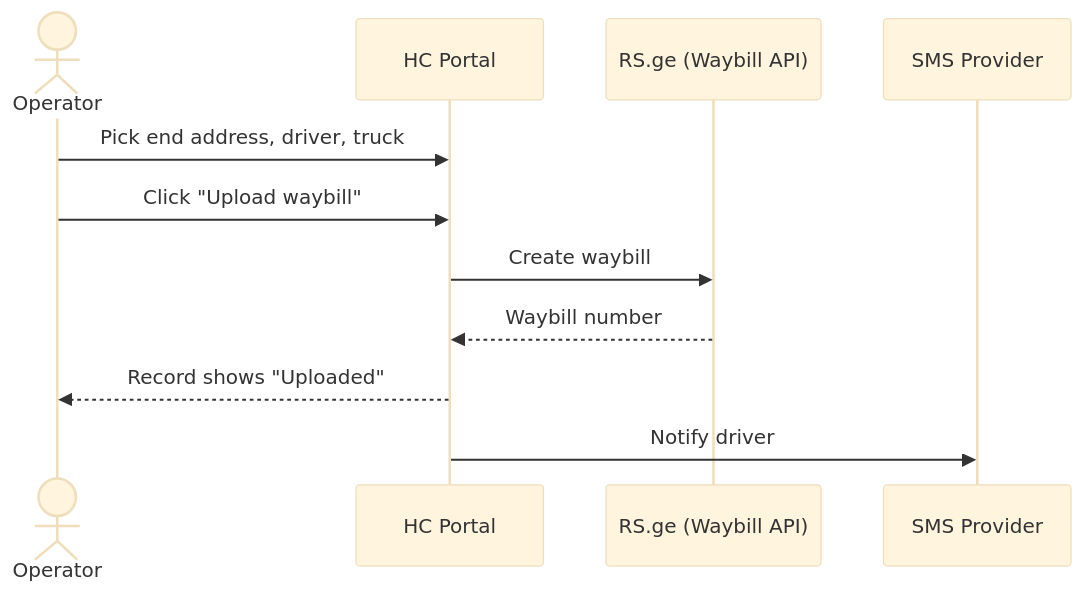
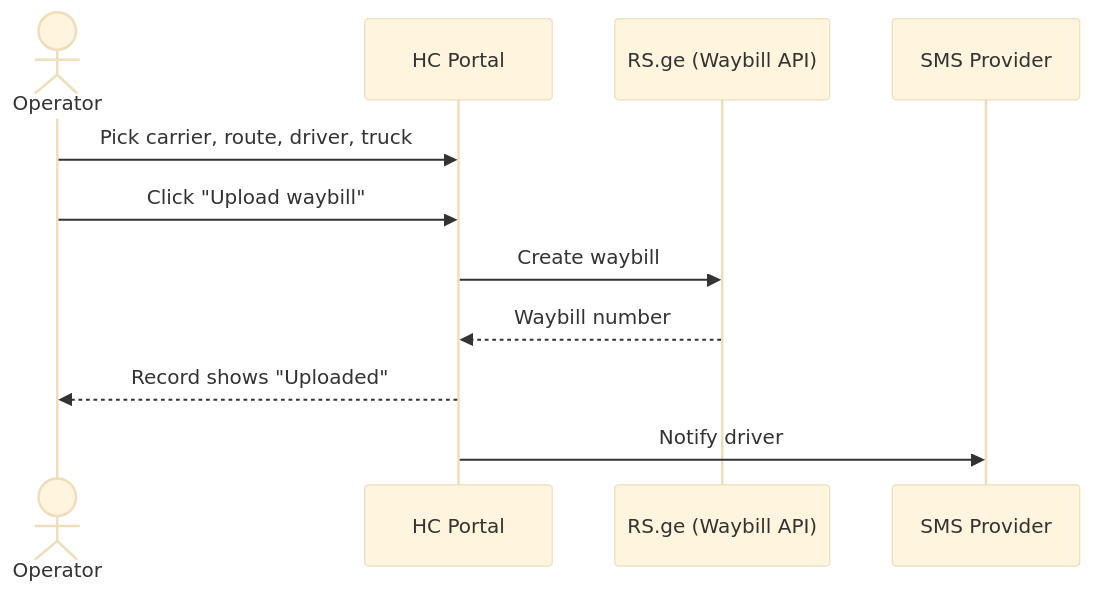
The first of 2 diagrams in README.md (nlortkipa/hc-waybills), drawn with Mermaid (base theme) before and after one commit. The commit also changed other lines of this file and 16 other files, not shown here.

````diff
--- a/README.md
+++ b/README.md
@@ -7,14 +7,14 @@
 ```mermaid
 sequenceDiagram
     actor Op as Operator
     participant App as HC Portal
     participant RS as RS.ge (Waybill API)
     participant SMS as SMS Provider
 
-    Op->>App: Pick end address, driver, truck
+    Op->>App: Pick carrier, route, driver, truck
     Op->>App: Click "Upload waybill"
     App->>RS: Create waybill
     RS-->>App: Waybill number
     App-->>Op: Record shows "Uploaded"
     App->>SMS: Notify driver
 ```
````
